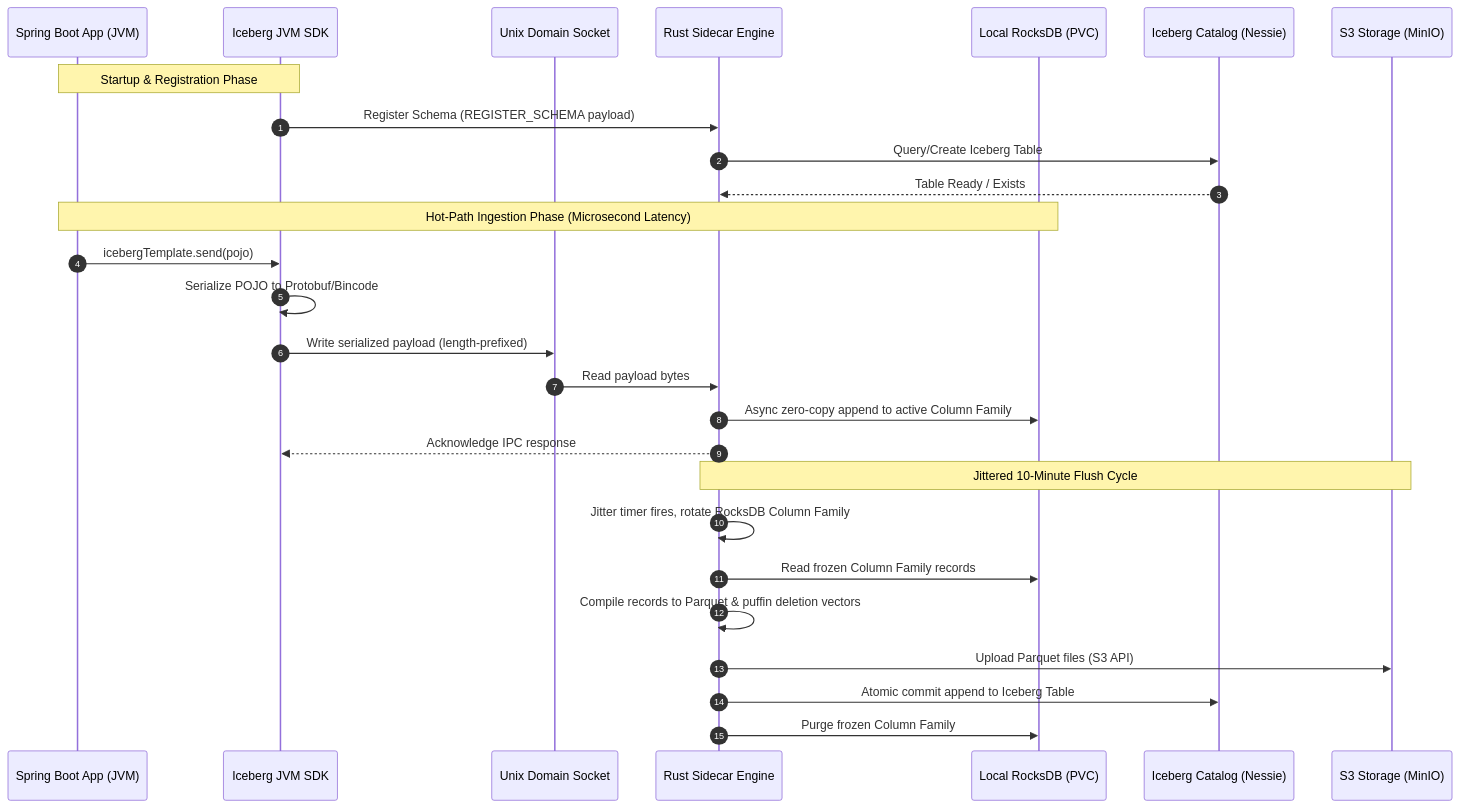
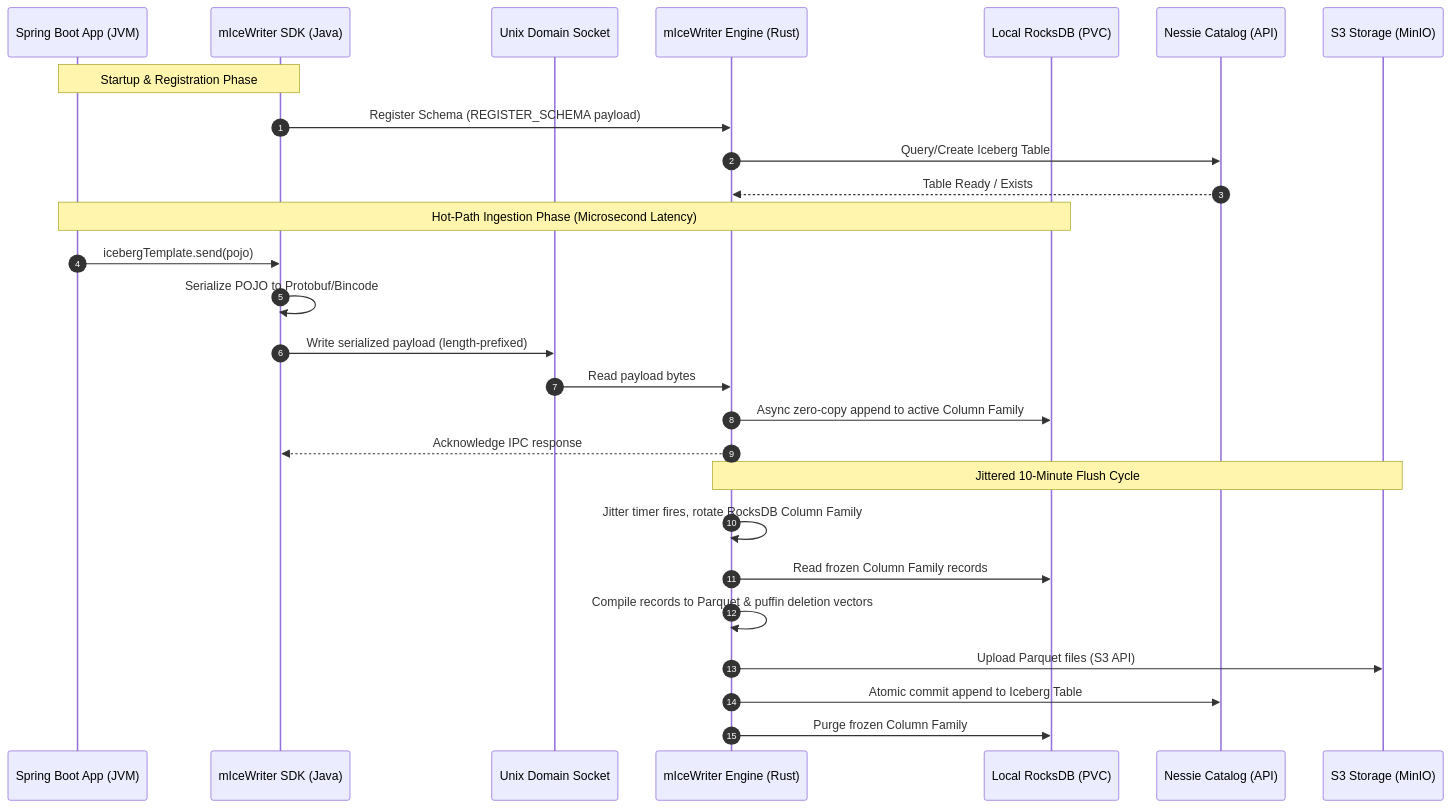
The diagram in docs/system-overview.md (markovarghese/micewriter-hub), drawn with Mermaid before and after one commit. The commit also changed other lines of this file and 12 other files, not shown here.

Commit message:
docs: unify naming strategy and apply mIceWriter ecosystem branding

````diff
--- a/docs/system-overview.md
+++ b/docs/system-overview.md
@@ -9,32 +13,32 @@
 ```mermaid
 sequenceDiagram
     autonumber
     participant App as Spring Boot App (JVM)
-    participant SDK as Iceberg JVM SDK
+    participant SDK as mIceWriter SDK (Java)
     participant UDS as Unix Domain Socket
-    participant Sidecar as Rust Sidecar Engine
+    participant Engine as mIceWriter Engine (Rust)
     participant RocksDB as Local RocksDB (PVC)
-    participant Nessie as Iceberg Catalog (Nessie)
+    participant Nessie as Nessie Catalog (API)
     participant MinIO as S3 Storage (MinIO)
 
     Note over App,SDK: Startup & Registration Phase
-    SDK->>Sidecar: Register Schema (REGISTER_SCHEMA payload)
-    Sidecar->>Nessie: Query/Create Iceberg Table
-    Nessie-->>Sidecar: Table Ready / Exists
+    SDK->>Engine: Register Schema (REGISTER_SCHEMA payload)
+    Engine->>Nessie: Query/Create Iceberg Table
+    Nessie-->>Engine: Table Ready / Exists
 
     Note over App,RocksDB: Hot-Path Ingestion Phase (Microsecond Latency)
     App->>SDK: icebergTemplate.send(pojo)
     SDK->>SDK: Serialize POJO to Protobuf/Bincode
     SDK->>UDS: Write serialized payload (length-prefixed)
-    UDS->>Sidecar: Read payload bytes
-    Sidecar->>RocksDB: Async zero-copy append to active Column Family
-    Sidecar-->>SDK: Acknowledge IPC response
+    UDS->>Engine: Read payload bytes
+    Engine->>RocksDB: Async zero-copy append to active Column Family
+    Engine-->>SDK: Acknowledge IPC response
 
-    Note over Sidecar,MinIO: Jittered 10-Minute Flush Cycle
-    Sidecar->>Sidecar: Jitter timer fires, rotate RocksDB Column Family
-    Sidecar->>RocksDB: Read frozen Column Family records
-    Sidecar->>Sidecar: Compile records to Parquet & puffin deletion vectors
-    Sidecar->>MinIO: Upload Parquet files (S3 API)
-    Sidecar->>Nessie: Atomic commit append to Iceberg Table
-    Sidecar->>RocksDB: Purge frozen Column Family
+    Note over Engine,MinIO: Jittered 10-Minute Flush Cycle
+    Engine->>Engine: Jitter timer fires, rotate RocksDB Column Family
+    Engine->>RocksDB: Read frozen Column Family records
+    Engine->>Engine: Compile records to Parquet & puffin deletion vectors
+    Engine->>MinIO: Upload Parquet files (S3 API)
+    Engine->>Nessie: Atomic commit append to Iceberg Table
+    Engine->>RocksDB: Purge frozen Column Family
 ```
````
